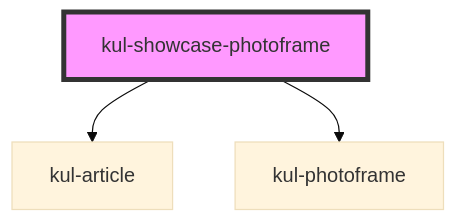
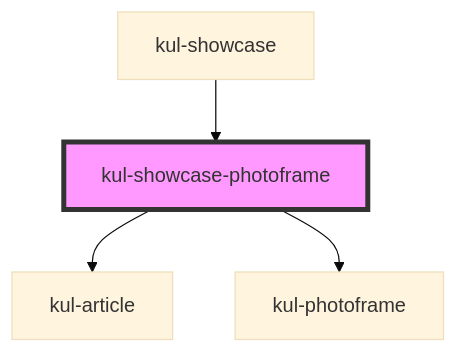
The diagram in packages/ketchup-lite/src/components/kul-showcase/components/photoframe/readme.md (lucafoscili/ketchup-lite), drawn with Mermaid (base theme) before and after one commit. The commit also changed other lines of this file and 45 other files, not shown here.

````diff
--- a/packages/ketchup-lite/src/components/kul-showcase/components/photoframe/readme.md
+++ b/packages/ketchup-lite/src/components/kul-showcase/components/photoframe/readme.md
@@ -24,6 +28,7 @@
 ```mermaid
 graph TD;
   kul-showcase-photoframe --> kul-article
   kul-showcase-photoframe --> kul-photoframe
+  kul-showcase --> kul-showcase-photoframe
   style kul-showcase-photoframe fill:#f9f,stroke:#333,stroke-width:4px
 ```
````
